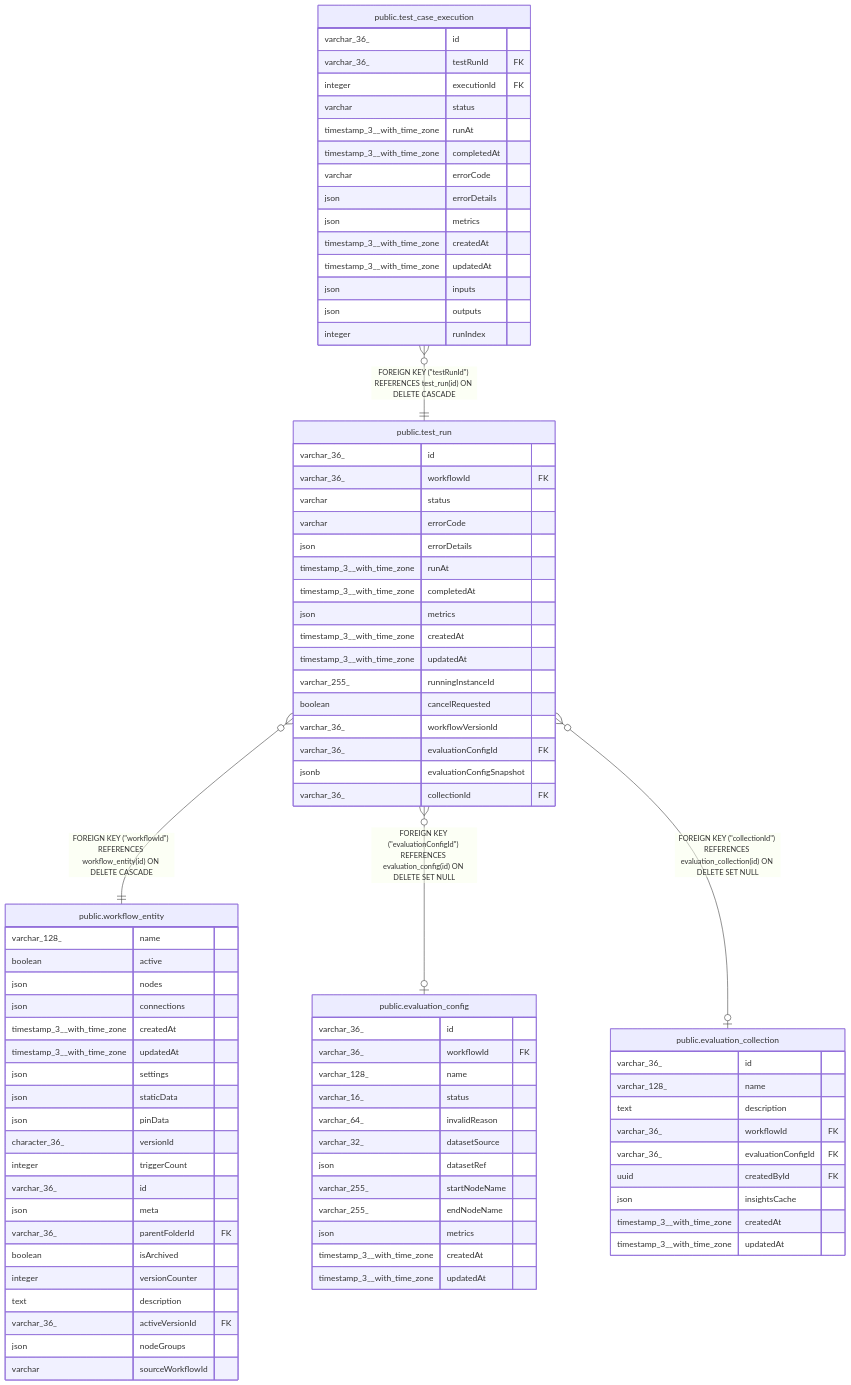
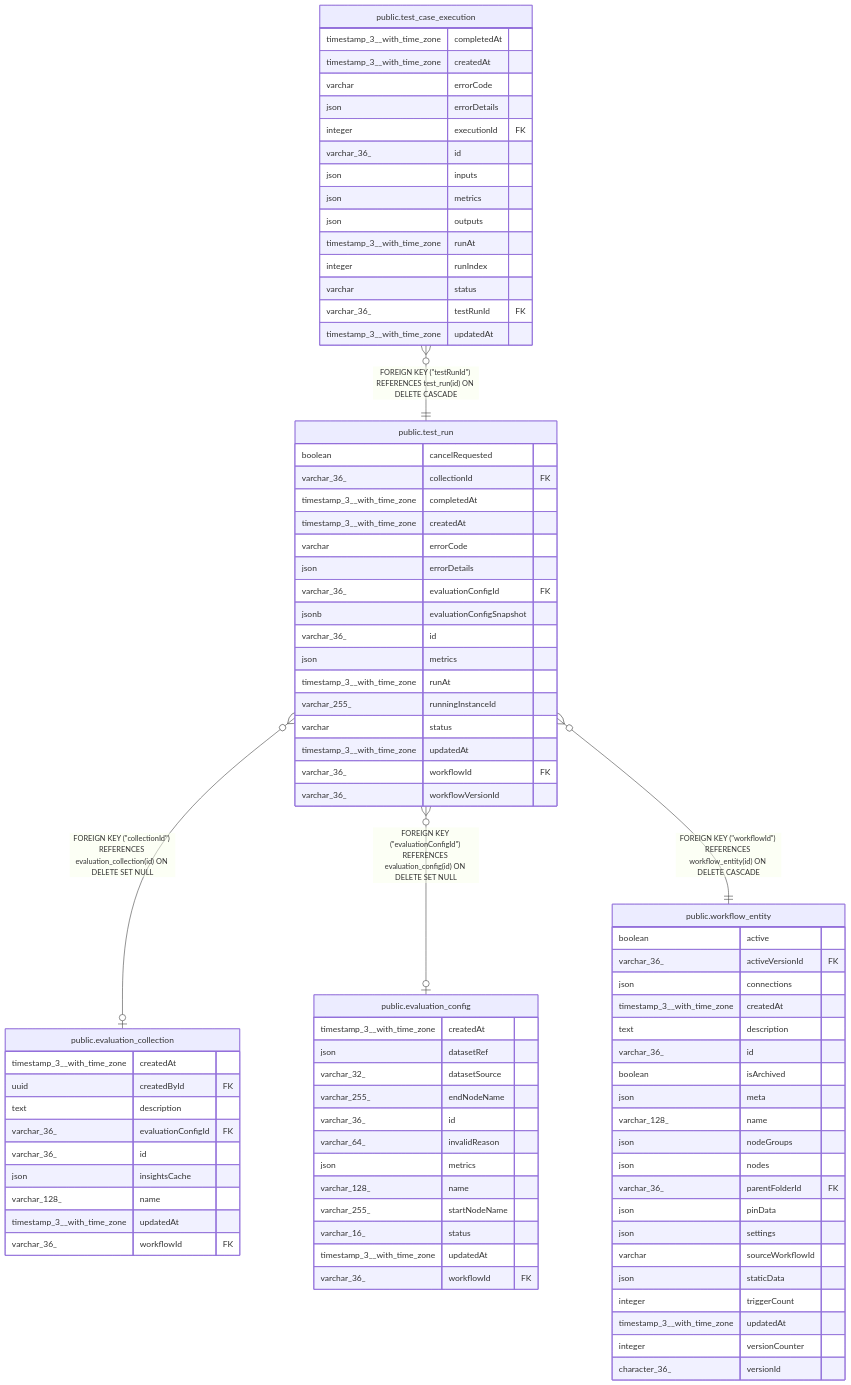
Before and after one commit to mayankjain1815-commits/n8n: the diagram in docs/generated/postgres-schema/public.test_run.md, drawn with Mermaid. The commit also changed other lines of this file and 221 other files, not shown here.

Commit message:
chore(core): Make DB schema docs generation deterministic (#32373)

````diff
--- a/docs/generated/postgres-schema/public.test_run.md
+++ b/docs/generated/postgres-schema/public.test_run.md
@@ -50,90 +50,90 @@
 ```mermaid
 erDiagram
 
+"public.test_run" }o--o| "public.evaluation_collection" : "FOREIGN KEY (#quot;collectionId#quot;) REFERENCES evaluation_collection(id) ON DELETE SET NULL"
+"public.test_run" }o--o| "public.evaluation_config" : "FOREIGN KEY (#quot;evaluationConfigId#quot;) REFERENCES evaluation_config(id) ON DELETE SET NULL"
 "public.test_case_execution" }o--|| "public.test_run" : "FOREIGN KEY (#quot;testRunId#quot;) REFERENCES test_run(id) ON DELETE CASCADE"
 "public.test_run" }o--|| "public.workflow_entity" : "FOREIGN KEY (#quot;workflowId#quot;) REFERENCES workflow_entity(id) ON DELETE CASCADE"
-"public.test_run" }o--o| "public.evaluation_config" : "FOREIGN KEY (#quot;evaluationConfigId#quot;) REFERENCES evaluation_config(id) ON DELETE SET NULL"
-"public.test_run" }o--o| "public.evaluation_collection" : "FOREIGN KEY (#quot;collectionId#quot;) REFERENCES evaluation_collection(id) ON DELETE SET NULL"
 
 "public.test_run" {
-  varchar_36_ id
-  varchar_36_ workflowId FK
-  varchar status
+  boolean cancelRequested
+  varchar_36_ collectionId FK
+  timestamp_3__with_time_zone completedAt
+  timestamp_3__with_time_zone createdAt
   varchar errorCode
   json errorDetails
-  timestamp_3__with_time_zone runAt
-  timestamp_3__with_time_zone completedAt
-  json metrics
-  timestamp_3__with_time_zone createdAt
-  timestamp_3__with_time_zone updatedAt
-  varchar_255_ runningInstanceId
-  boolean cancelRequested
-  varchar_36_ workflowVersionId
   varchar_36_ evaluationConfigId FK
   jsonb evaluationConfigSnapshot
-  varchar_36_ collectionId FK
+  varchar_36_ id
+  json metrics
+  timestamp_3__with_time_zone runAt
+  varchar_255_ runningInstanceId
+  varchar status
+  timestamp_3__with_time_zone updatedAt
+  varchar_36_ workflowId FK
+  varchar_36_ workflowVersionId
+}
+"public.evaluation_collection" {
+  timestamp_3__with_time_zone createdAt
+  uuid createdById FK
+  text description
+  varchar_36_ evaluationConfigId FK
+  varchar_36_ id
+  json insightsCache
+  varchar_128_ name
+  timestamp_3__with_time_zone updatedAt
+  varchar_36_ workflowId FK
+}
+"public.evaluation_config" {
+  timestamp_3__with_time_zone createdAt
+  json datasetRef
+  varchar_32_ datasetSource
+  varchar_255_ endNodeName
+  varchar_36_ id
+  varchar_64_ invalidReason
+  json metrics
+  varchar_128_ name
+  varchar_255_ startNodeName
+  varchar_16_ status
+  timestamp_3__with_time_zone updatedAt
+  varchar_36_ workflowId FK
 }
 "public.test_case_execution" {
-  varchar_36_ id
-  varchar_36_ testRunId FK
-  integer executionId FK
-  varchar status
-  timestamp_3__with_time_zone runAt
   timestamp_3__with_time_zone completedAt
+  timestamp_3__with_time_zone createdAt
   varchar errorCode
   json errorDetails
+  integer executionId FK
+  varchar_36_ id
+  json inputs
   json metrics
-  timestamp_3__with_time_zone createdAt
+  json outputs
+  timestamp_3__with_time_zone runAt
+  integer runIndex
+  varchar status
+  varchar_36_ testRunId FK
   timestamp_3__with_time_zone updatedAt
-  json inputs
-  json outputs
-  integer runIndex
 }
 "public.workflow_entity" {
-  varchar_128_ name
   boolean active
-  json nodes
+  varchar_36_ activeVersionId FK
   json connections
   timestamp_3__with_time_zone createdAt
+  text description
+  varchar_36_ id
+  boolean isArchived
+  json meta
+  varchar_128_ name
+  json nodeGroups
+  json nodes
+  varchar_36_ parentFolderId FK
+  json pinData
+  json settings
+  varchar sourceWorkflowId
+  json staticData
+  integer triggerCount
   timestamp_3__with_time_zone updatedAt
-  json settings
-  json staticData
-  json pinData
+  integer versionCounter
   character_36_ versionId
-  integer triggerCount
-  varchar_36_ id
-  json meta
-  varchar_36_ parentFolderId FK
-  boolean isArchived
-  integer versionCounter
-  text description
-  varchar_36_ activeVersionId FK
-  json nodeGroups
-  varchar sourceWorkflowId
-}
-"public.evaluation_config" {
-  varchar_36_ id
-  varchar_36_ workflowId FK
-  varchar_128_ name
-  varchar_16_ status
-  varchar_64_ invalidReason
-  varchar_32_ datasetSource
-  json datasetRef
-  varchar_255_ startNodeName
-  varchar_255_ endNodeName
-  json metrics
-  timestamp_3__with_time_zone createdAt
-  timestamp_3__with_time_zone updatedAt
-}
-"public.evaluation_collection" {
-  varchar_36_ id
-  varchar_128_ name
-  text description
-  varchar_36_ workflowId FK
-  varchar_36_ evaluationConfigId FK
-  uuid createdById FK
-  json insightsCache
-  timestamp_3__with_time_zone createdAt
-  timestamp_3__with_time_zone updatedAt
 }
 ```
````
